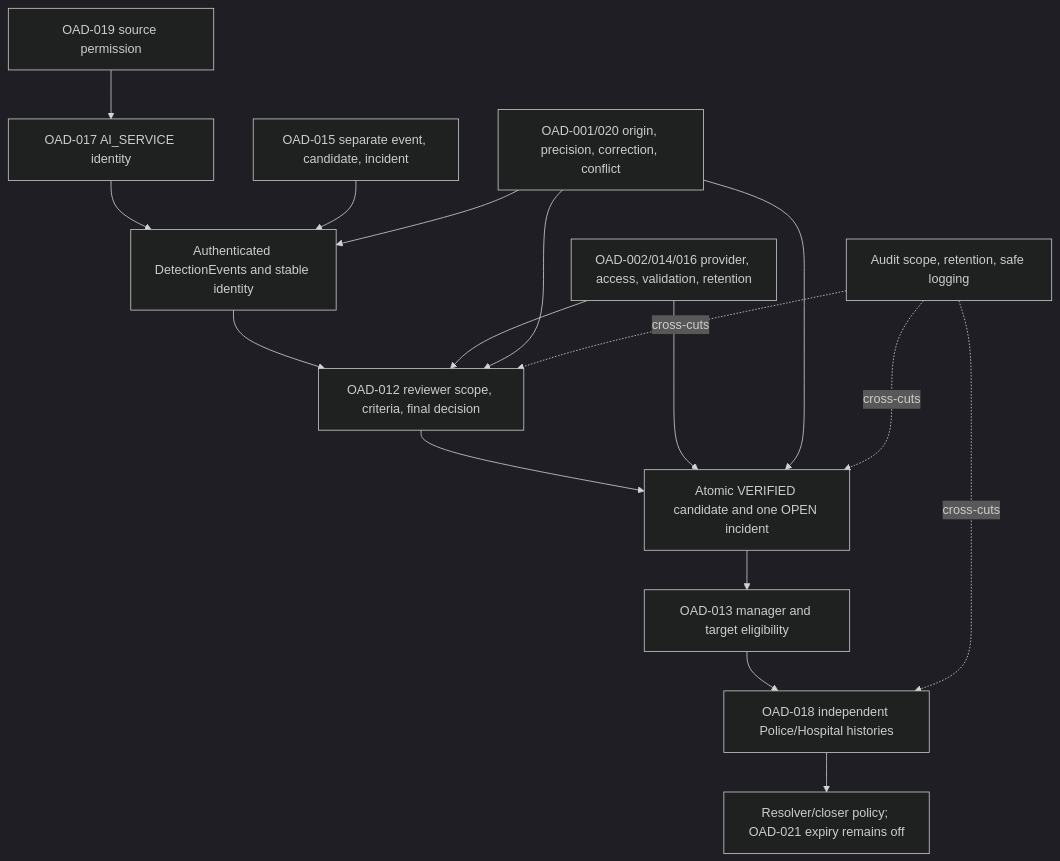
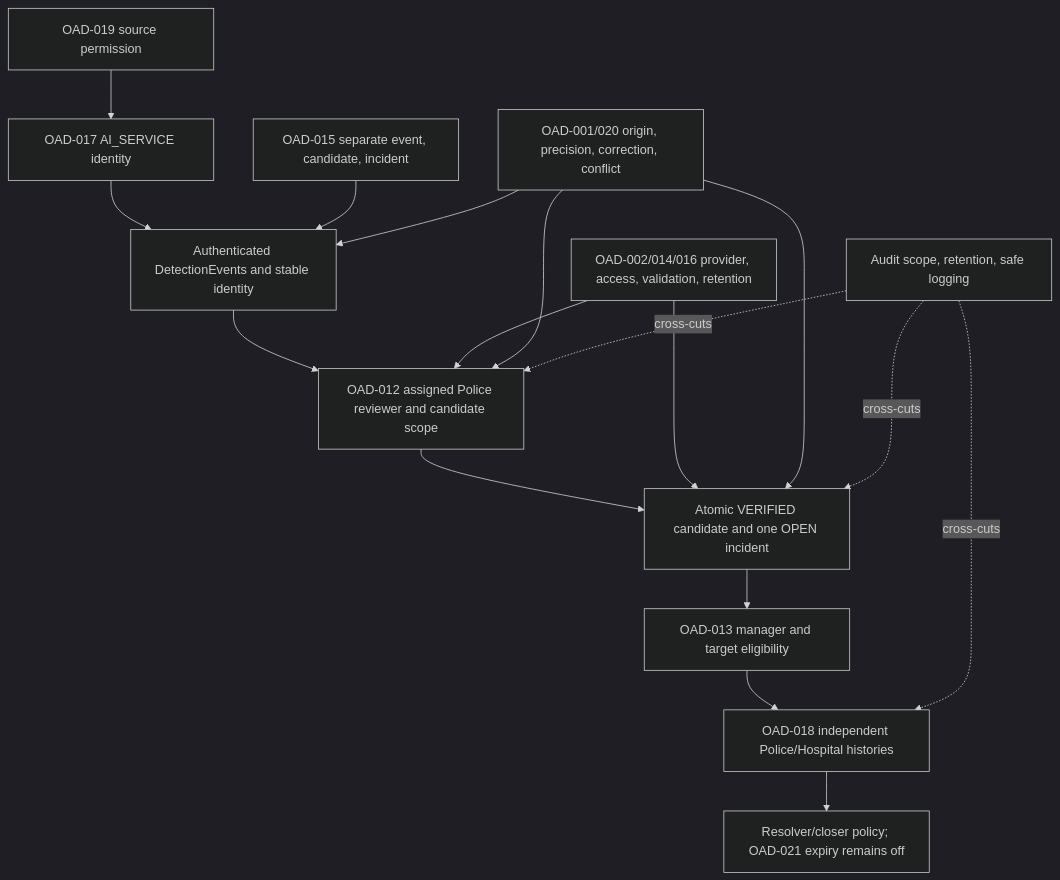
Before and after one commit to rajatchouksey615-alt/ResQVision: the diagram in docs/architecture/decisions/domain_governance_approval_review.md, drawn with Mermaid (dark theme). The commit also changed other lines of this file and 69 other files, not shown here.

```diff
--- a/docs/architecture/decisions/domain_governance_approval_review.md
+++ b/docs/architecture/decisions/domain_governance_approval_review.md
@@ -133,19 +146,19 @@
 ~~~mermaid
 flowchart TD
     Source[OAD-019 source permission] --> Machine[OAD-017 AI_SERVICE identity]
     Machine --> Events[Authenticated DetectionEvents and stable identity]
     Domain[OAD-015 separate event, candidate, incident] --> Events
-    Events --> Review[OAD-012 reviewer scope, criteria, final decision]
+    Events --> Review[OAD-012 assigned Police reviewer and candidate scope]
     Review --> Incident[Atomic VERIFIED candidate and one OPEN incident]
     Incident --> Assignment[OAD-013 manager and target eligibility]
     Assignment --> Independent[OAD-018 independent Police/Hospital histories]
     Independent --> Lifecycle[Resolver/closer policy; OAD-021 expiry remains off]
     Evidence[OAD-002/014/016 provider, access, validation, retention] --> Review
     Evidence --> Incident
     Location[OAD-001/020 origin, precision, correction, conflict] --> Events
     Location --> Review
     Location --> Incident
     Audit[Audit scope, retention, safe logging] -.cross-cuts.-> Review
     Audit -.cross-cuts.-> Incident
     Audit -.cross-cuts.-> Independent
 ~~~
```
